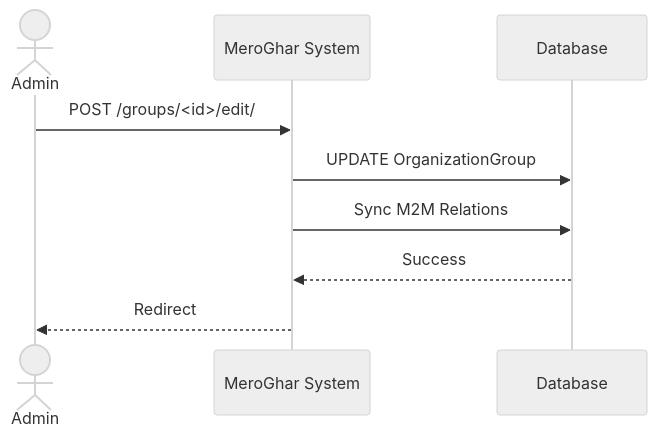
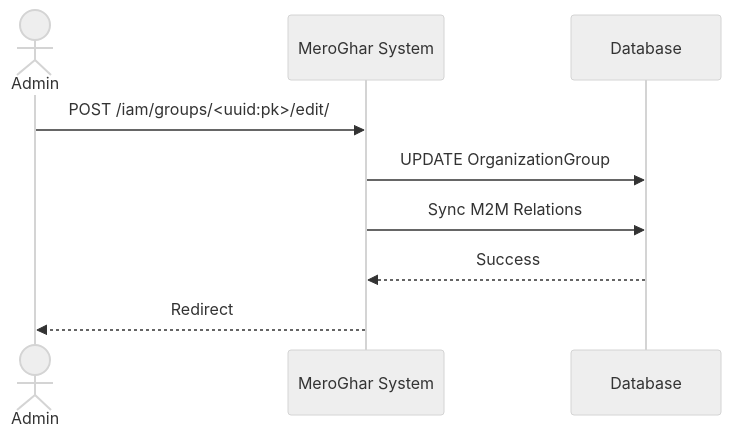
Before and after one commit to 0Ankit0/meroghar: the third of 4 diagrams in docs/workflows/organization_group.md, drawn with Mermaid (neutral theme). The commit also changed other lines of this file and 12 other files, not shown here.

````diff
--- a/docs/workflows/organization_group.md
+++ b/docs/workflows/organization_group.md
@@ -57,12 +57,12 @@
 ```mermaid
 sequenceDiagram
     actor Admin as Admin
     participant System as MeroGhar System
     participant DB as Database
 
-    Admin->>System: POST /groups/<id>/edit/
+    Admin->>System: POST /iam/groups/<uuid:pk>/edit/
     System->>DB: UPDATE OrganizationGroup
     System->>DB: Sync M2M Relations
     DB-->>System: Success
     System-->>Admin: Redirect
 ```
````
